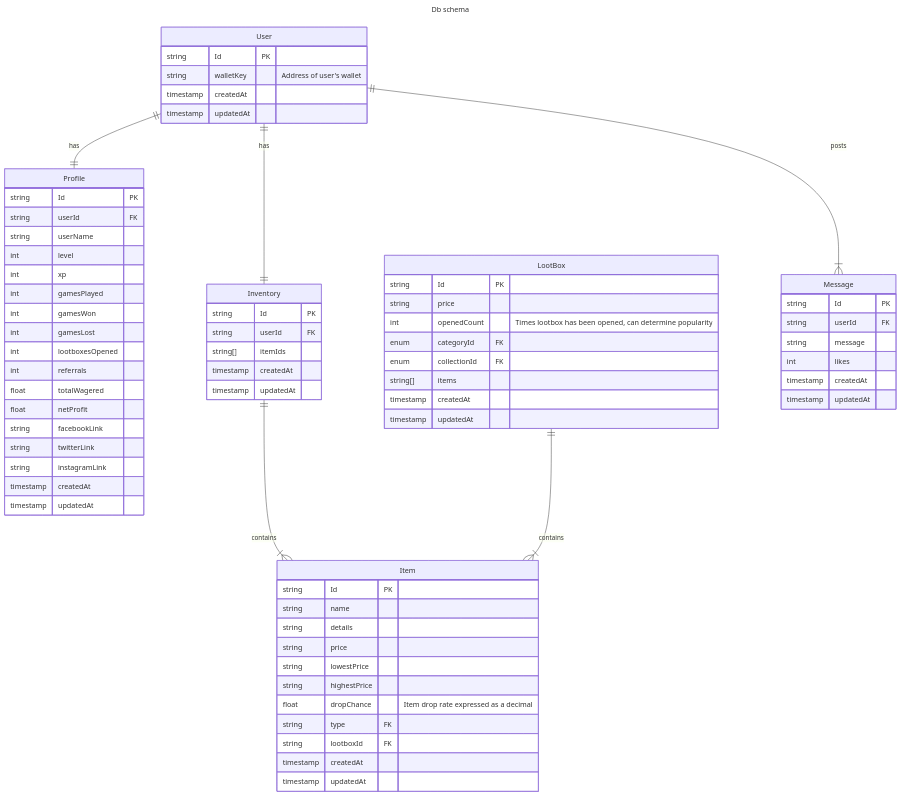
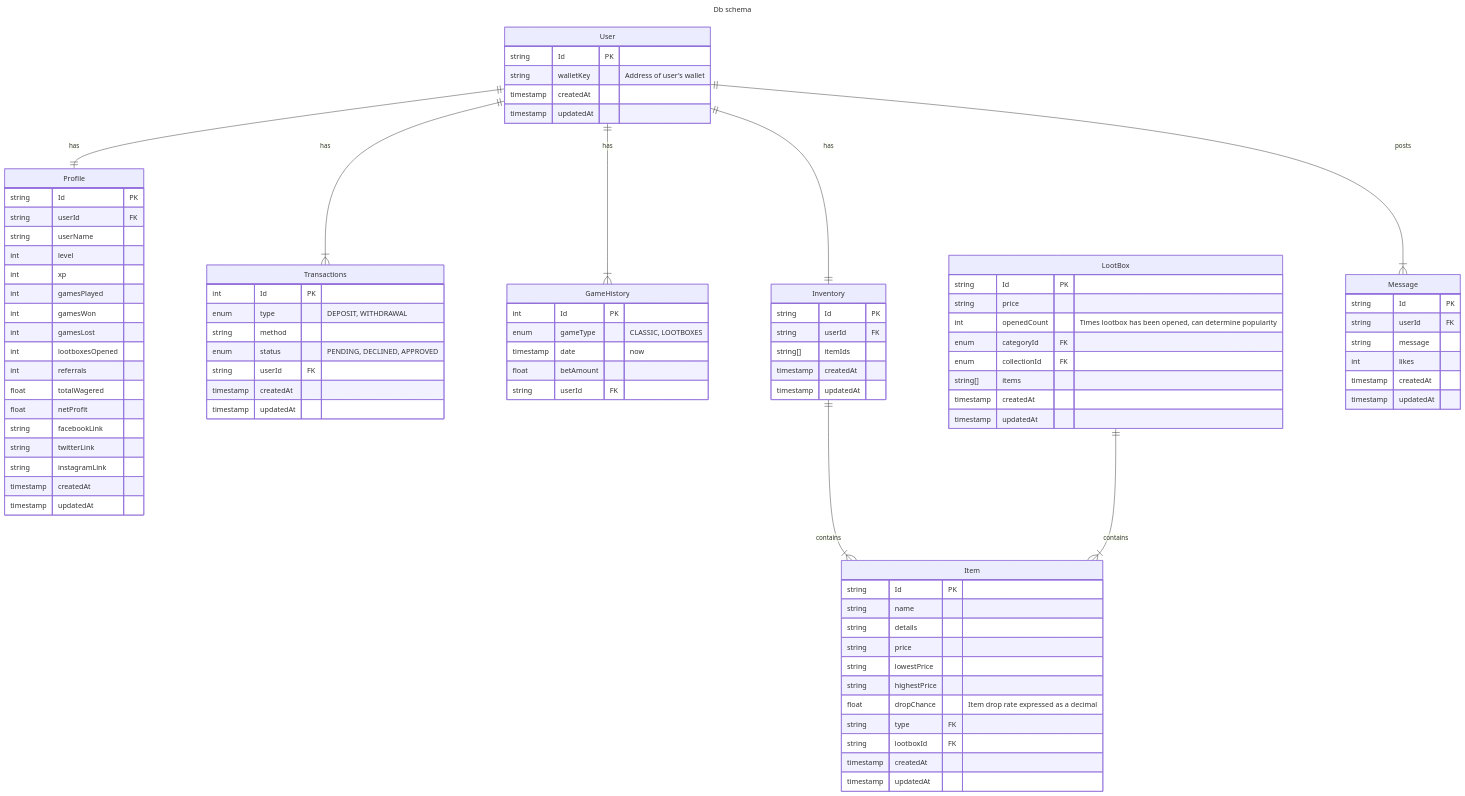
The diagram in prisma/dbSchema.md (PCRinus/looties-backend), drawn with Mermaid before and after one commit. The commit also changed 3 other files, not shown here.

First line of the commit message:
feat: add gameHistory table

```diff
--- a/prisma/dbSchema.md
+++ b/prisma/dbSchema.md
@@ -32,6 +32,28 @@
   }
 
   User one to one Profile : has
+
+  Transactions {
+    int Id PK
+    enum type "DEPOSIT, WITHDRAWAL"
+    string method
+    enum status "PENDING, DECLINED, APPROVED"
+    string userId FK
+    timestamp createdAt
+    timestamp updatedAt
+  }
+
+  User one to one or more Transactions : has
+
+  GameHistory {
+    int Id PK
+    enum gameType "CLASSIC, LOOTBOXES"
+    timestamp date "now"
+    float betAmount
+    string userId FK
+  }
+
+  User one to one or more GameHistory : has
 
   Inventory {
     string Id PK
```
